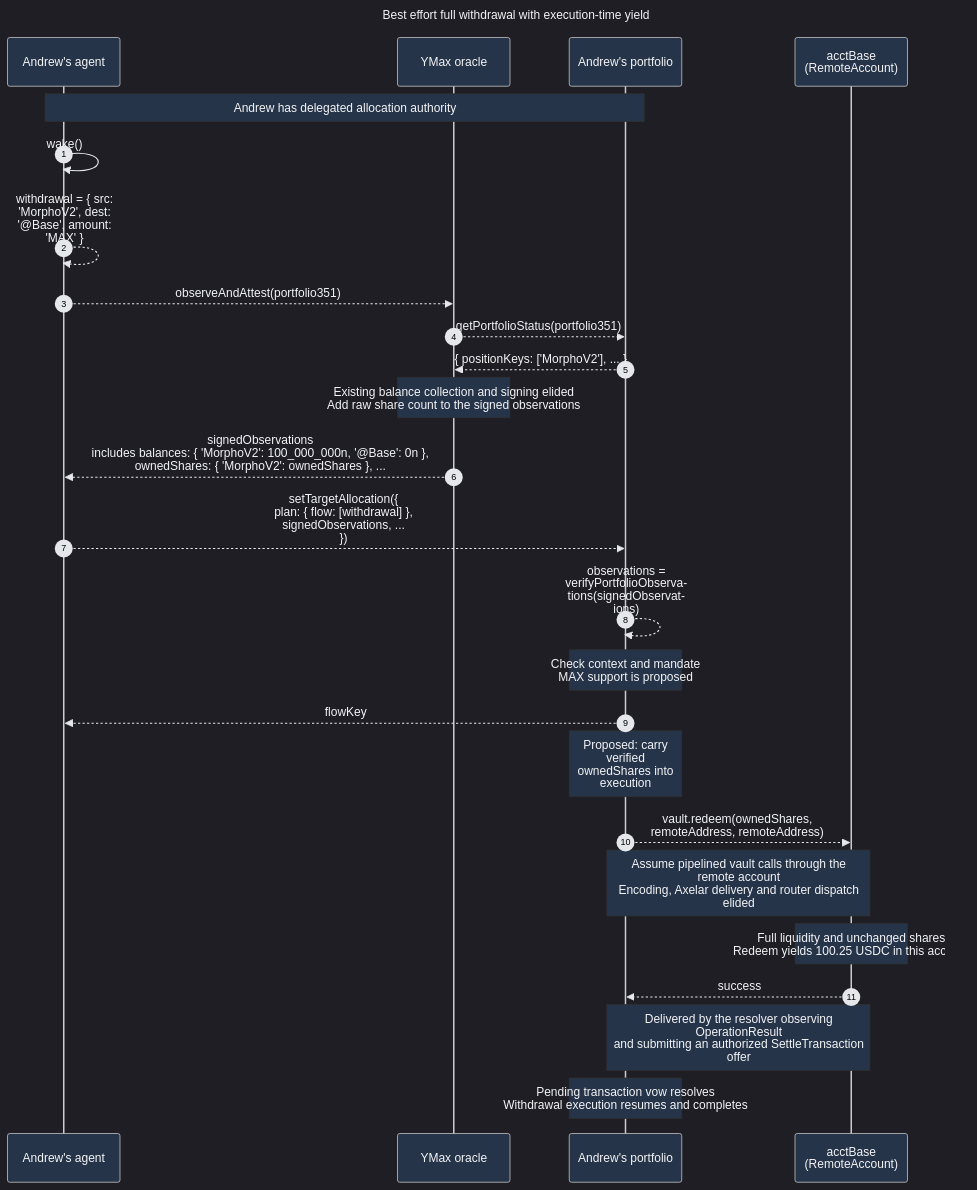
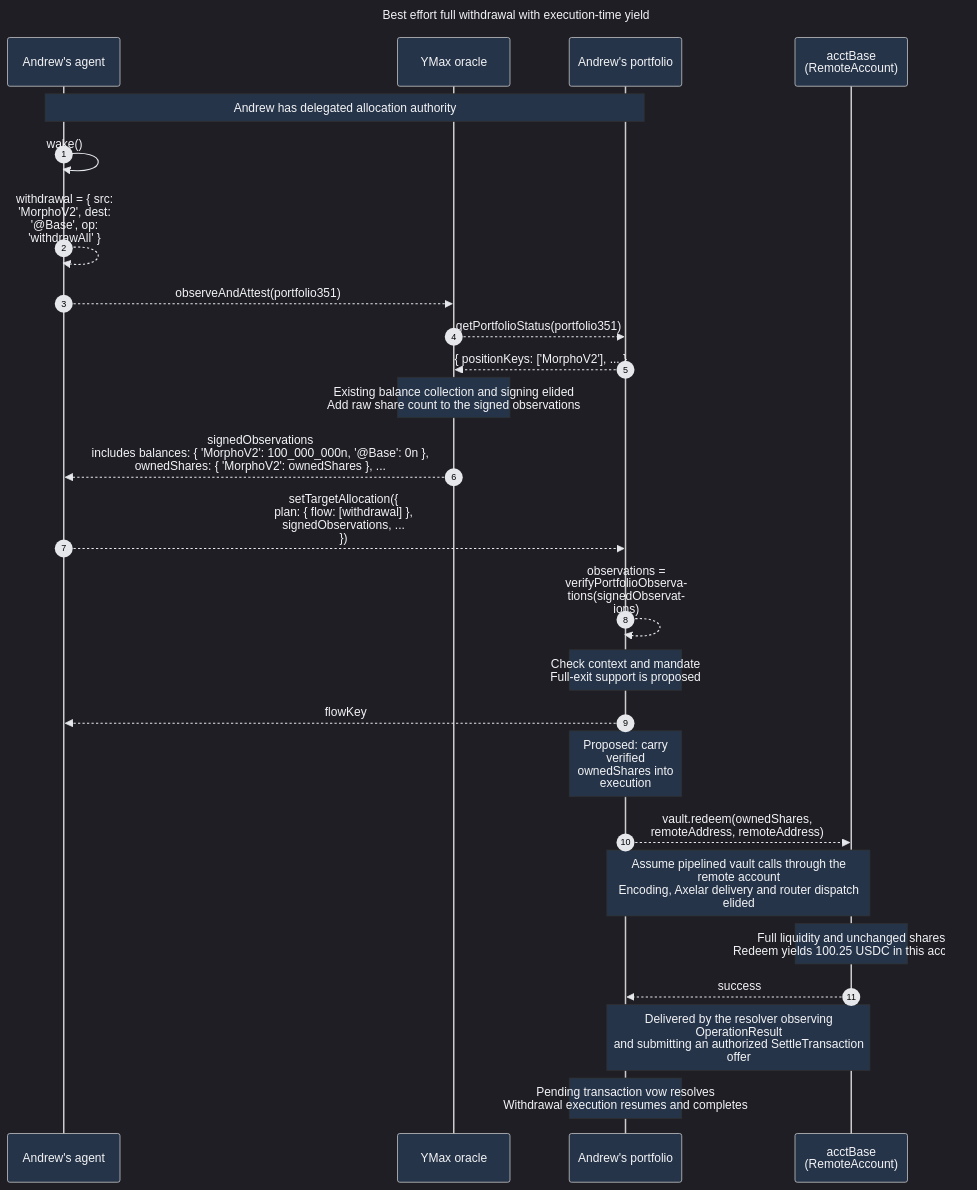
One commit to Agoric/agoric-sdk changed the diagram in packages/portfolio-contract/docs-design/exit-position-completely.md. Above: the diagram before and after it, drawn with Mermaid. The commit also changed other lines of this file and 2 other files, not shown here.

Commit message:
chore(portfolio-contract): use withdrawAll op in plan validation

````diff
--- a/packages/portfolio-contract/docs-design/exit-position-completely.md
+++ b/packages/portfolio-contract/docs-design/exit-position-completely.md
@@ -14,33 +14,33 @@
 ```mermaid
 %%{init: {'theme': 'dark', 'themeVariables': {'textColor': '#f3f4f6', 'actorBkg': '#263449', 'actorTextColor': '#f3f4f6', 'signalColor': '#e5e7eb', 'signalTextColor': '#f3f4f6', 'noteBkgColor': '#263449', 'noteTextColor': '#f3f4f6', 'labelTextColor': '#f3f4f6'}, 'sequence': {'wrap': true}}}%%
 sequenceDiagram
   autonumber
   title Best effort full withdrawal with execution-time yield
   %% ->> initiates the scenario, -->> marks consequences including calls and replies.
   %% P groups delegation, portfolio execution and contract-side resolver facets.
   %% The account call abstracts GMP/router delivery; success abstracts resolver delivery.
   participant A as Andrew's agent
   participant O as YMax oracle
   participant P as Andrew's portfolio
   participant E as acctBase<br/>(RemoteAccount)
 
   Note over A,P: Andrew has delegated allocation authority
   A->>A: wake()
-  A-->>A: withdrawal = { src: 'MorphoV2', dest: '@Base', amount: 'MAX' }
+  A-->>A: withdrawal = { src: 'MorphoV2', dest: '@Base', op: 'withdrawAll' }
   A-->>O: observeAndAttest(portfolio351)
   O-->>P: getPortfolioStatus(portfolio351)
   P-->>O: { positionKeys: ['MorphoV2'], ... }
   Note over O: Existing balance collection and signing elided<br/>Add raw share count to the signed observations
   O-->>A: signedObservations<br/>includes balances: { 'MorphoV2': 100_000_000n, '@Base': 0n },<br/>ownedShares: { 'MorphoV2': ownedShares }, ...
   A-->>P: setTargetAllocation({<br/>plan: { flow: [withdrawal] },<br/>signedObservations, ...<br/>})
   P-->>P: observations = verifyPortfolioObservations(signedObservations)
-  Note over P: Check context and mandate<br/>MAX support is proposed
+  Note over P: Check context and mandate<br/>Full-exit support is proposed
   P-->>A: flowKey
   Note over P: Proposed: carry verified ownedShares into execution
   P-->>E: vault.redeem(ownedShares,<br/>remoteAddress, remoteAddress)
   Note over P,E: Assume pipelined vault calls through the remote account<br/>Encoding, Axelar delivery and router dispatch elided
   Note over E: Full liquidity and unchanged shares<br/>Redeem yields 100.25 USDC in this account
   E-->>P: success
   Note over P,E: Delivered by the resolver observing OperationResult<br/>and submitting an authorized SettleTransaction offer
   Note over P: Pending transaction vow resolves<br/>Withdrawal execution resumes and completes
 ```
````
